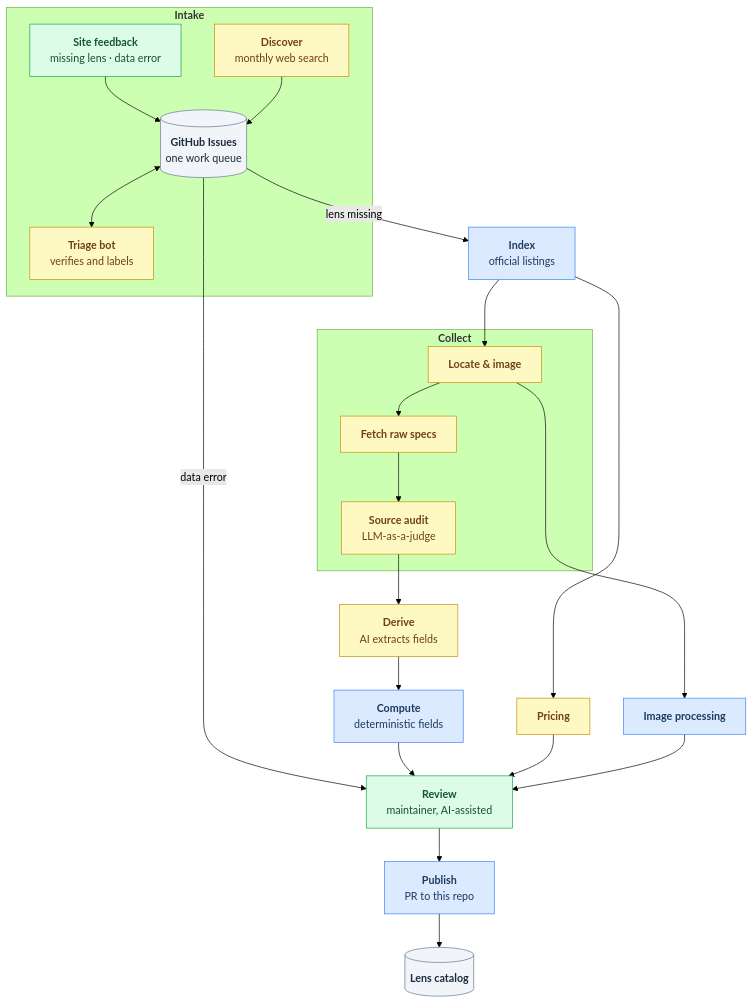
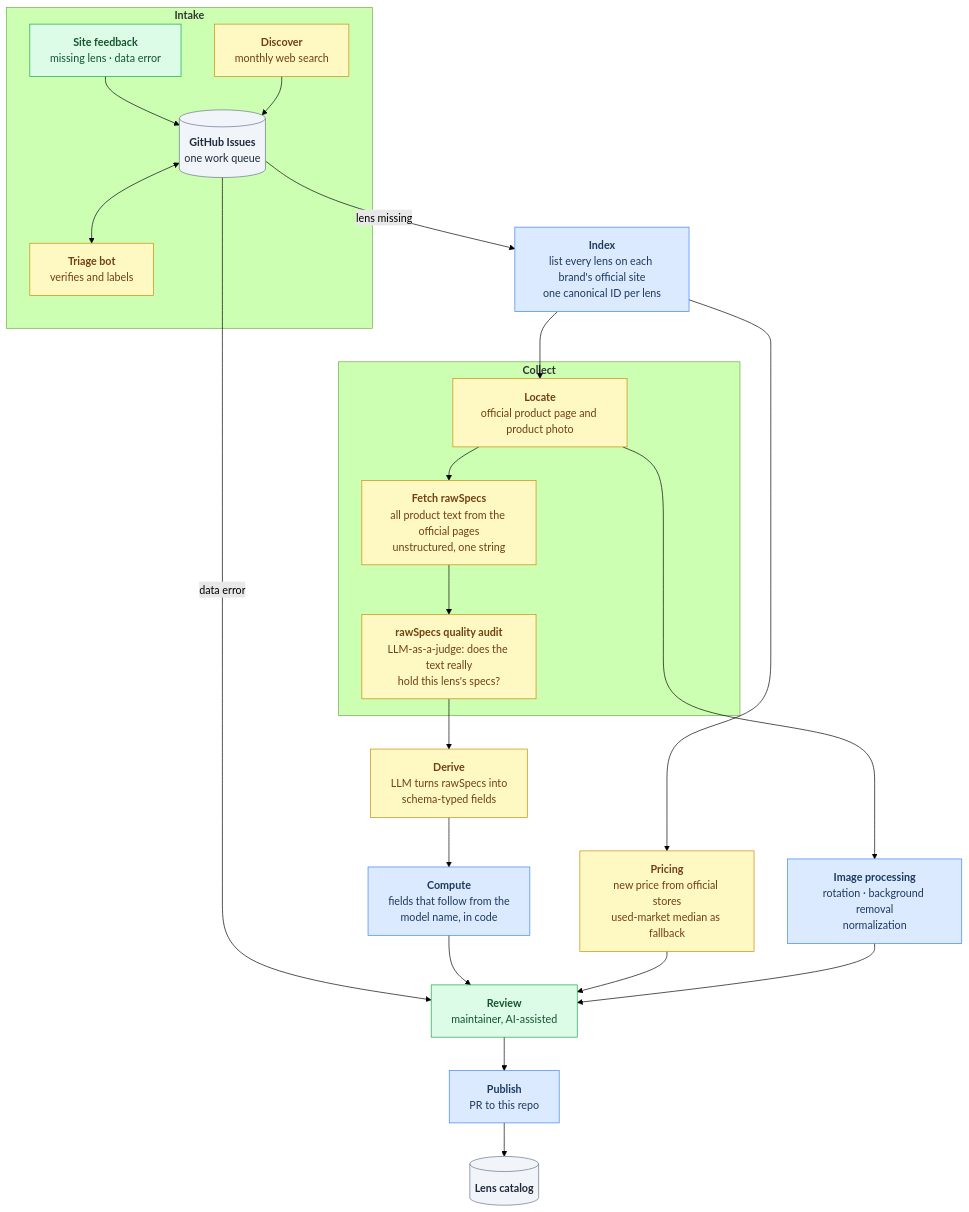
Before and after one commit to sentacraft/atlens: the second of 3 diagrams in README.md, drawn with Mermaid (forest theme).

Commit message:
docs: give each pipeline stage a one-line description that says what it does

````diff
--- a/README.md
+++ b/README.md
@@ -177,53 +177,64 @@
 ```mermaid
 flowchart TD
   subgraph intake["`**Intake**`"]
     FEED["`**Site feedback**
 missing lens · data error`"]
     DISC["`**Discover**
 monthly web search`"]
     ISSUES[("`**GitHub Issues**
 one work queue`")]
     TRI["`**Triage bot**
 verifies and labels`"]
   end
 
   IDX["`**Index**
-official listings`"]
+list every lens on each brand's official site
+one canonical ID per lens`"]
   subgraph collect["`**Collect**`"]
-    C1["`**Locate & image**`"]
-    C2["`**Fetch raw specs**`"]
-    AUDIT["`**Source audit**
-LLM-as-a-judge`"]
+    C1["`**Locate**
+official product page and product photo`"]
+    C2["`**Fetch rawSpecs**
+all product text from the official pages
+unstructured, one string`"]
+    AUDIT["`**rawSpecs quality audit**
+LLM-as-a-judge: does the text really
+hold this lens's specs?`"]
   end
   DER["`**Derive**
-AI extracts fields`"]
+LLM turns rawSpecs into
+schema-typed fields`"]
   CMP["`**Compute**
-deterministic fields`"]
-  PRC["`**Pricing**`"]
-  IMG["`**Image processing**`"]
+fields that follow from the
+model name, in code`"]
+  PRC["`**Pricing**
+new price from official stores
+used-market median as fallback`"]
+  IMG["`**Image processing**
+rotation · background removal
+normalization`"]
   REV["`**Review**
 maintainer, AI-assisted`"]
   PUB["`**Publish**
 PR to this repo`"]
   DB[("`**Lens catalog**`")]
 
   FEED --> ISSUES
   DISC --> ISSUES
   ISSUES <--> TRI
   ISSUES -->|"lens missing"| IDX
   ISSUES -->|"data error"| REV
   IDX --> C1 --> C2 --> AUDIT --> DER --> CMP --> REV
   IDX --> PRC --> REV
   C1 --> IMG --> REV
   REV --> PUB --> DB
 
   classDef script fill:#dbeafe,stroke:#3b82f6,color:#1e3a5f
   classDef agent fill:#fef9c3,stroke:#ca8a04,color:#713f12
   classDef human fill:#dcfce7,stroke:#16a34a,color:#14532d
   classDef store fill:#f1f5f9,stroke:#64748b,color:#1e293b
 
   class IDX,CMP,IMG,PUB script
   class DISC,TRI,C1,C2,AUDIT,DER,PRC agent
   class FEED,REV human
   class ISSUES,DB store
 ```
````
